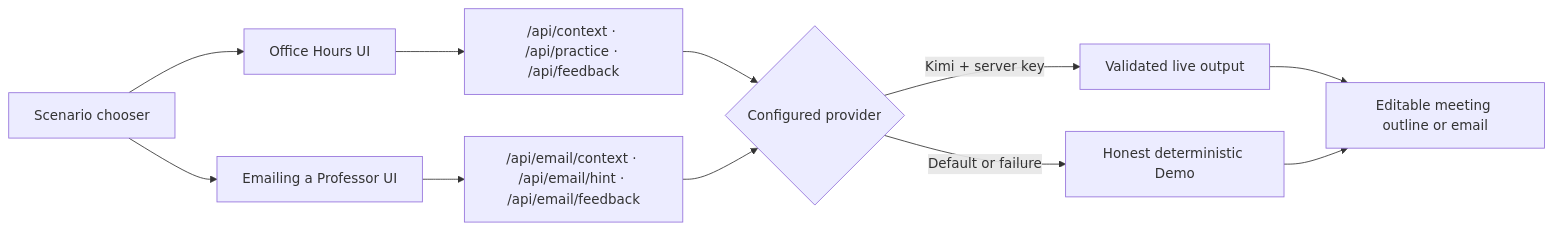
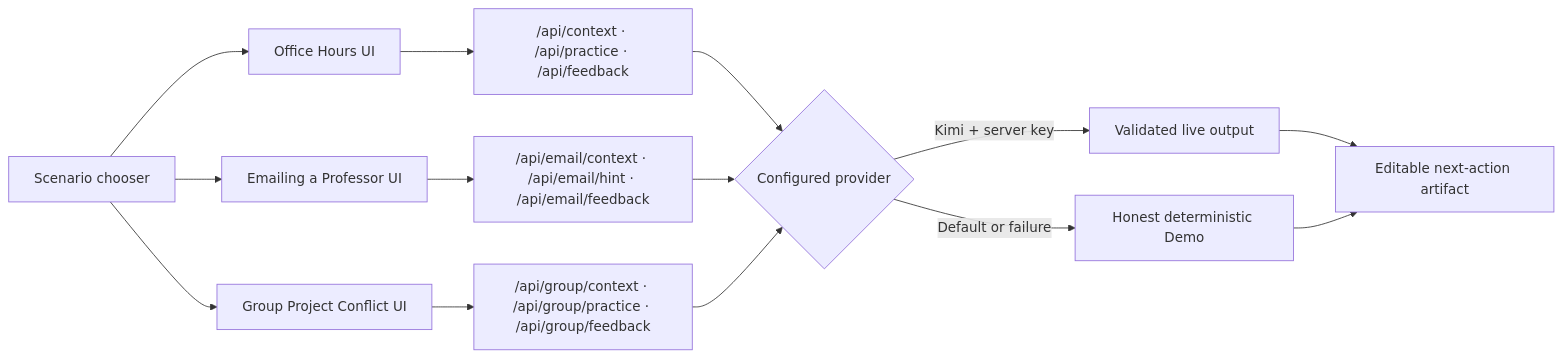
One commit to zhoulinhua0-star/campus-decoder changed the diagram in README.md. Above: the diagram before and after it, drawn with Mermaid. The commit also changed other lines of this file and 23 other files, not shown here.

Commit message:
Complete Group Project Conflict journey

````diff
--- a/README.md
+++ b/README.md
@@ -98,13 +97,16 @@
 ```mermaid
 flowchart LR
     S["Scenario chooser"] --> O["Office Hours UI"]
     S --> E["Emailing a Professor UI"]
+    S --> G["Group Project Conflict UI"]
     O --> OA["/api/context · /api/practice · /api/feedback"]
     E --> EA["/api/email/context · /api/email/hint · /api/email/feedback"]
+    G --> GA["/api/group/context · /api/group/practice · /api/group/feedback"]
     OA --> P{"Configured provider"}
     EA --> P
+    GA --> P
     P -- "Kimi + server key" --> K["Validated live output"]
     P -- "Default or failure" --> D["Honest deterministic Demo"]
-    K --> A["Editable meeting outline or email"]
+    K --> A["Editable next-action artifact"]
     D --> A
 ```
````
